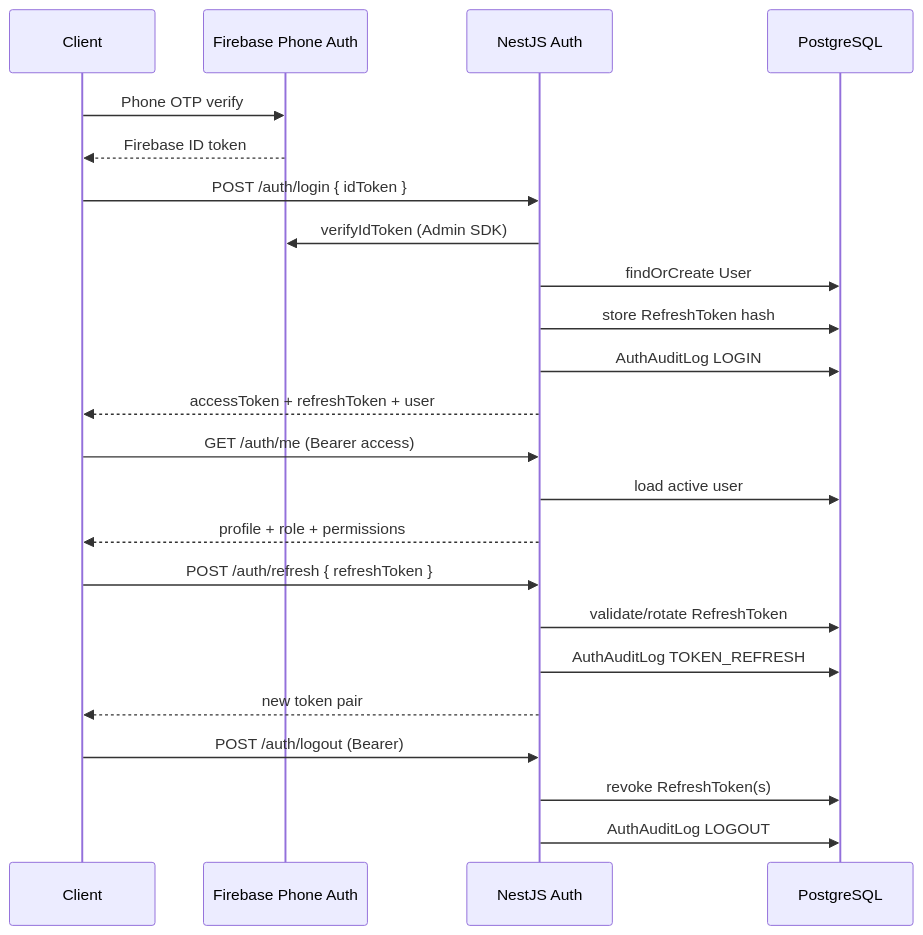
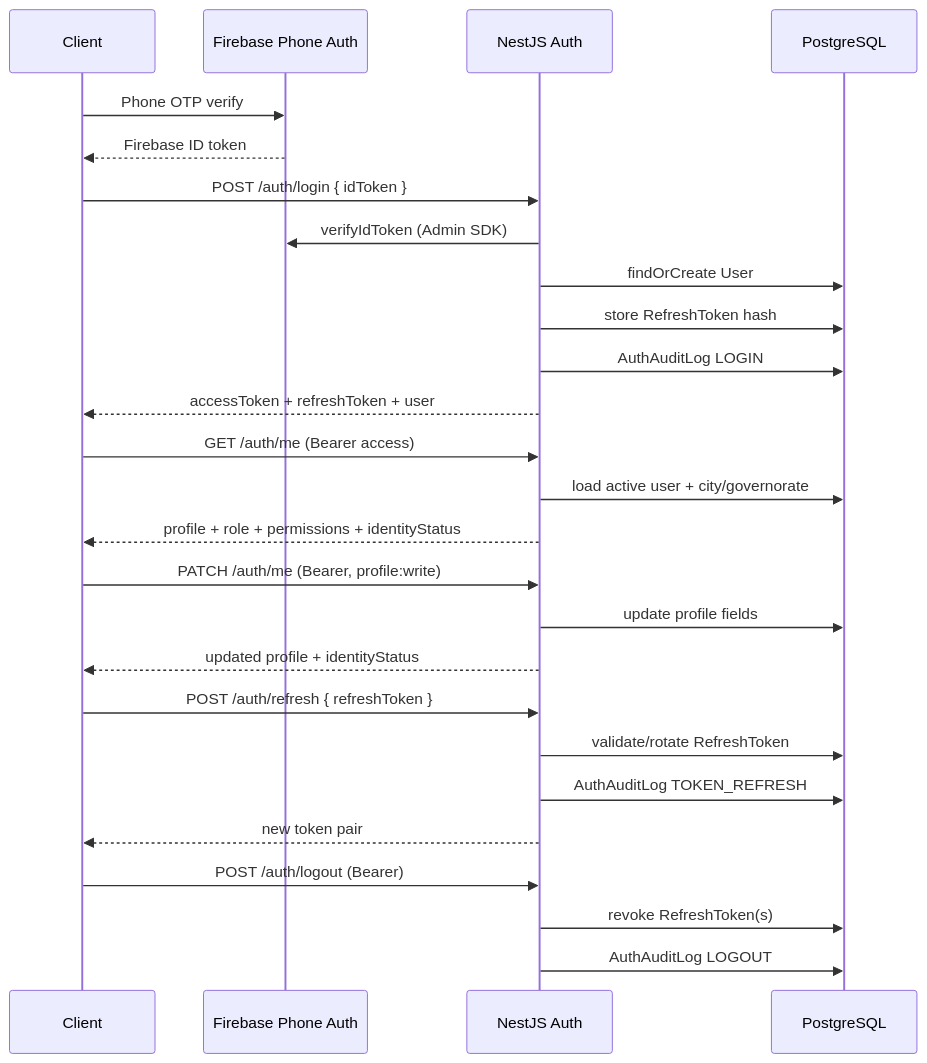
One commit to yousifghassan-svg/AutoHub changed the diagram in docs/auth-architecture.md. Above: the diagram before and after it, drawn with Mermaid. The commit also changed other lines of this file and 36 other files, not shown here.

Commit message:
feat(auth): implement user identity and profile completion

````diff
--- a/docs/auth-architecture.md
+++ b/docs/auth-architecture.md
@@ -5,29 +5,33 @@
 ```mermaid
 sequenceDiagram
   participant Client
   participant Firebase as Firebase Phone Auth
   participant API as NestJS Auth
   participant DB as PostgreSQL
 
   Client->>Firebase: Phone OTP verify
   Firebase-->>Client: Firebase ID token
   Client->>API: POST /auth/login { idToken }
   API->>Firebase: verifyIdToken (Admin SDK)
   API->>DB: findOrCreate User
   API->>DB: store RefreshToken hash
   API->>DB: AuthAuditLog LOGIN
   API-->>Client: accessToken + refreshToken + user
 
   Client->>API: GET /auth/me (Bearer access)
-  API->>DB: load active user
-  API-->>Client: profile + role + permissions
+  API->>DB: load active user + city/governorate
+  API-->>Client: profile + role + permissions + identityStatus
+
+  Client->>API: PATCH /auth/me (Bearer, profile:write)
+  API->>DB: update profile fields
+  API-->>Client: updated profile + identityStatus
 
   Client->>API: POST /auth/refresh { refreshToken }
   API->>DB: validate/rotate RefreshToken
   API->>DB: AuthAuditLog TOKEN_REFRESH
   API-->>Client: new token pair
 
   Client->>API: POST /auth/logout (Bearer)
   API->>DB: revoke RefreshToken(s)
   API->>DB: AuthAuditLog LOGOUT
 ```
````
